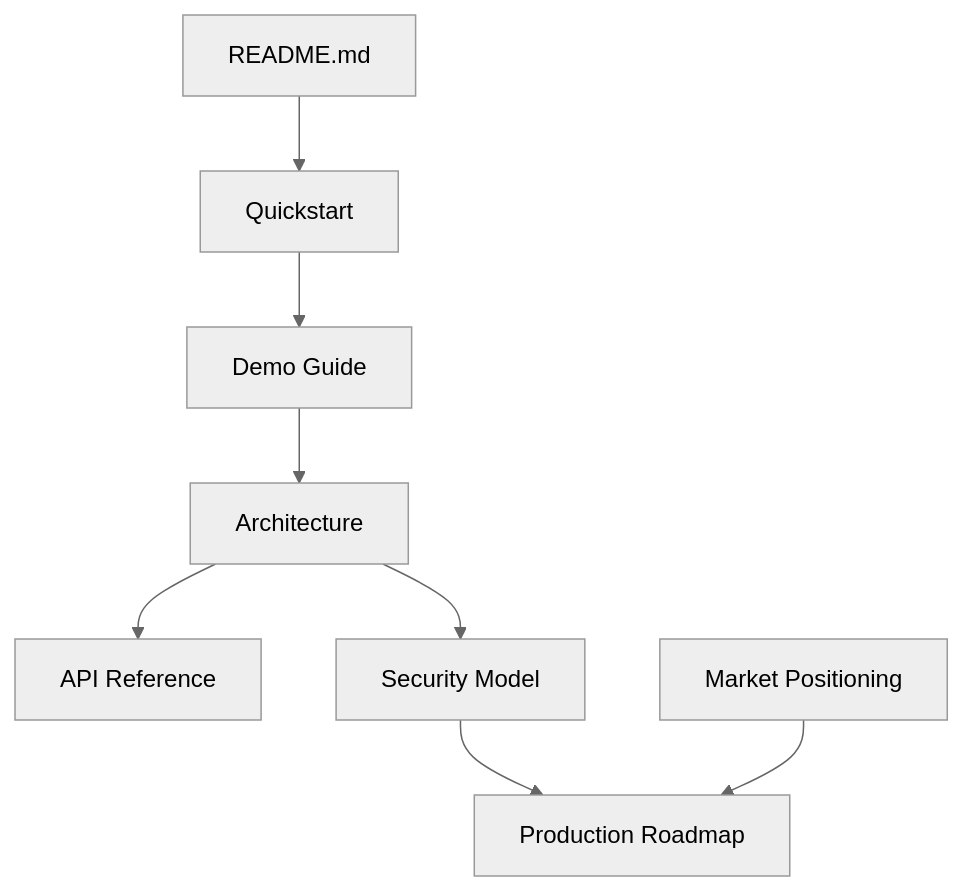
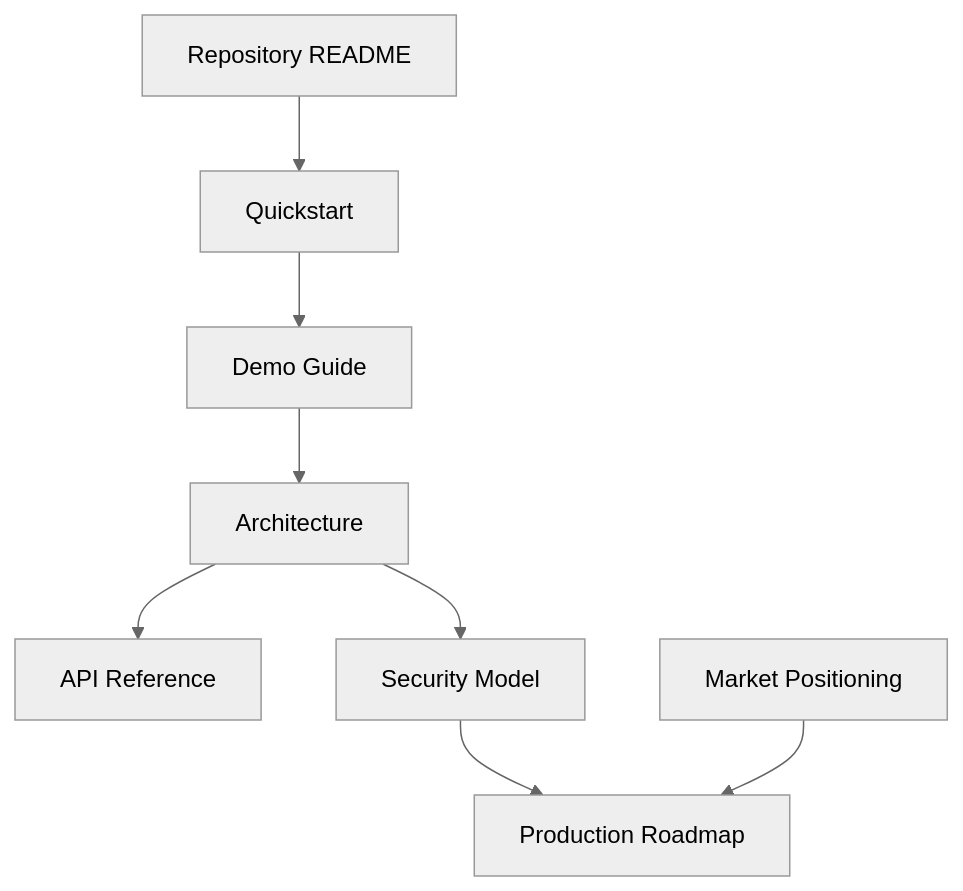
One commit to roshaninfordham/healthagentpassport changed the diagram in docs/README.md. Above: the diagram before and after it, drawn with Mermaid (neutral theme). The commit also changed other lines of this file and 14 other files, not shown here.

Commit message:
Fix GitHub diagrams and simplify landing page

````diff
--- a/docs/README.md
+++ b/docs/README.md
@@ -20,10 +20,10 @@
 ```mermaid
 flowchart TD
-  Readme[README.md] --> Quickstart[Quickstart]
-  Quickstart --> Demo[Demo Guide]
-  Demo --> Architecture[Architecture]
-  Architecture --> Api[API Reference]
-  Architecture --> Security[Security Model]
-  Security --> Roadmap[Production Roadmap]
-  Market[Market Positioning] --> Roadmap
+  Readme["Repository README"] --> Quickstart["Quickstart"]
+  Quickstart --> Demo["Demo Guide"]
+  Demo --> Architecture["Architecture"]
+  Architecture --> Api["API Reference"]
+  Architecture --> Security["Security Model"]
+  Security --> Roadmap["Production Roadmap"]
+  Market["Market Positioning"] --> Roadmap
 ```
````
